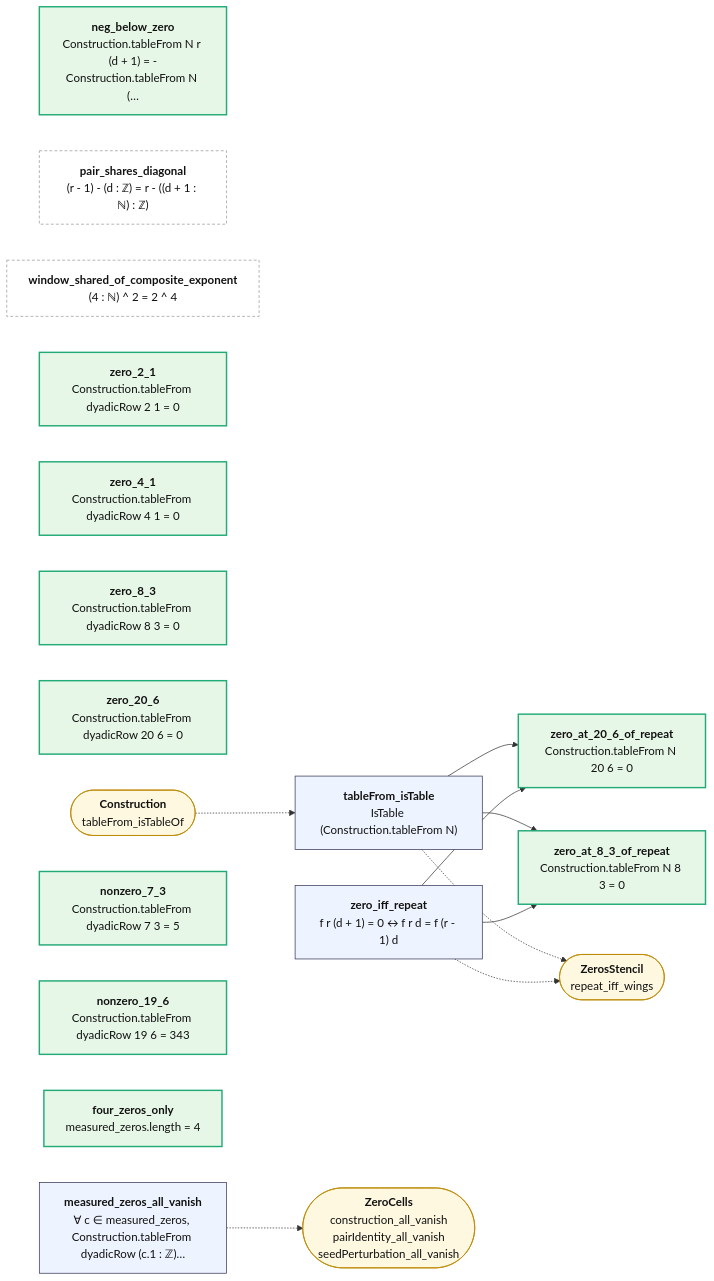
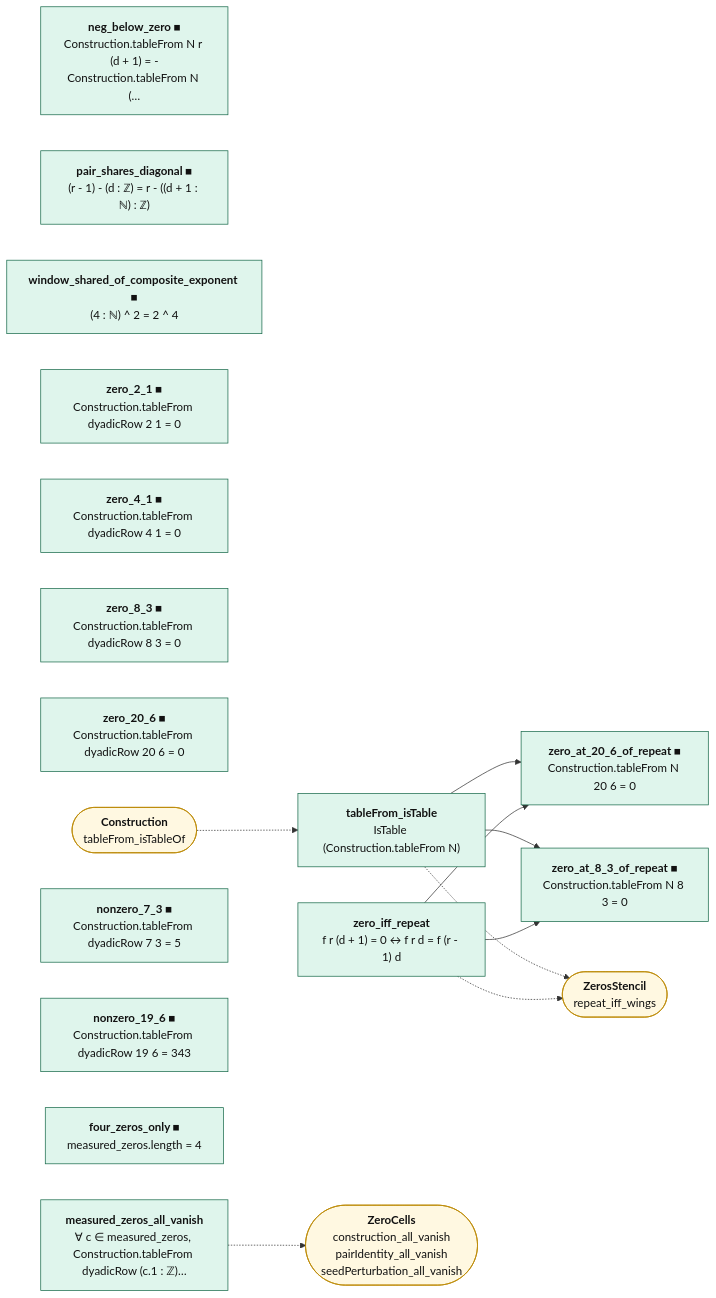
The diagram in map/lean/Zeros.md (juliansambranojr/Primebeat_081426), drawn with Mermaid before and after one commit. The commit also changed other lines of this file and 398 other files, not shown here.

First line of the commit message:
map: the table first. Three layers from Lean's record of each proof and everything beneath it: counting (integers only), shape (analysis, no zeta), reads zeta; map/TABLE.md lists every counting theorem; the Riemann hypothesis is drawn as one reading at the edge

````diff
--- a/map/lean/Zeros.md
+++ b/map/lean/Zeros.md
@@ -12,34 +12,37 @@
 ```mermaid
 flowchart LR
-  n0["<b>tableFrom_isTable</b><br/>IsTable (Construction.tableFrom N)"]:::thm
-  n1["<b>zero_iff_repeat</b><br/>f r (d + 1) = 0 ↔ f r d = f (r - 1) d"]:::thm
-  n2["<b>neg_below_zero</b><br/>Construction.tableFrom N r (d + 1) = -Construction.tableFrom N (…"]:::end_
-  n3["<b>pair_shares_diagonal</b><br/>(r - 1) - (d : ℤ) = r - ((d + 1 : ℕ) : ℤ)"]:::lone
-  n4["<b>window_shared_of_composite_exponent</b><br/>(4 : ℕ) ^ 2 = 2 ^ 4"]:::lone
-  n5["<b>zero_2_1</b><br/>Construction.tableFrom dyadicRow 2 1 = 0"]:::end_
-  n6["<b>zero_4_1</b><br/>Construction.tableFrom dyadicRow 4 1 = 0"]:::end_
-  n7["<b>zero_8_3</b><br/>Construction.tableFrom dyadicRow 8 3 = 0"]:::end_
-  n8["<b>zero_20_6</b><br/>Construction.tableFrom dyadicRow 20 6 = 0"]:::end_
-  n9["<b>measured_zeros_all_vanish</b><br/>∀ c ∈ measured_zeros, Construction.tableFrom dyadicRow (c.1 : ℤ)…"]:::thm
-  n10["<b>nonzero_7_3</b><br/>Construction.tableFrom dyadicRow 7 3 = 5"]:::end_
-  n11["<b>nonzero_19_6</b><br/>Construction.tableFrom dyadicRow 19 6 = 343"]:::end_
-  n12["<b>four_zeros_only</b><br/>measured_zeros.length = 4"]:::end_
-  n13["<b>zero_at_20_6_of_repeat</b><br/>Construction.tableFrom N 20 6 = 0"]:::end_
-  n14["<b>zero_at_8_3_of_repeat</b><br/>Construction.tableFrom N 8 3 = 0"]:::end_
+  n0["<b>tableFrom_isTable</b><br/>IsTable (Construction.tableFrom N)"]:::cnt
+  n1["<b>zero_iff_repeat</b><br/>f r (d + 1) = 0 ↔ f r d = f (r - 1) d"]:::cnt
+  n2["<b>neg_below_zero ■</b><br/>Construction.tableFrom N r (d + 1) = -Construction.tableFrom N (…"]:::cnt
+  n3["<b>pair_shares_diagonal ■</b><br/>(r - 1) - (d : ℤ) = r - ((d + 1 : ℕ) : ℤ)"]:::cnt
+  n4["<b>window_shared_of_composite_exponent ■</b><br/>(4 : ℕ) ^ 2 = 2 ^ 4"]:::cnt
+  n5["<b>zero_2_1 ■</b><br/>Construction.tableFrom dyadicRow 2 1 = 0"]:::cnt
+  n6["<b>zero_4_1 ■</b><br/>Construction.tableFrom dyadicRow 4 1 = 0"]:::cnt
+  n7["<b>zero_8_3 ■</b><br/>Construction.tableFrom dyadicRow 8 3 = 0"]:::cnt
+  n8["<b>zero_20_6 ■</b><br/>Construction.tableFrom dyadicRow 20 6 = 0"]:::cnt
+  n9["<b>measured_zeros_all_vanish</b><br/>∀ c ∈ measured_zeros, Construction.tableFrom dyadicRow (c.1 : ℤ)…"]:::cnt
+  n10["<b>nonzero_7_3 ■</b><br/>Construction.tableFrom dyadicRow 7 3 = 5"]:::cnt
+  n11["<b>nonzero_19_6 ■</b><br/>Construction.tableFrom dyadicRow 19 6 = 343"]:::cnt
+  n12["<b>four_zeros_only ■</b><br/>measured_zeros.length = 4"]:::cnt
+  n13["<b>zero_at_20_6_of_repeat ■</b><br/>Construction.tableFrom N 20 6 = 0"]:::cnt
+  n14["<b>zero_at_8_3_of_repeat ■</b><br/>Construction.tableFrom N 8 3 = 0"]:::cnt
   x0(["<b>Construction</b><br/>tableFrom_isTableOf"]):::ext
   x1(["<b>ZerosStencil</b><br/>repeat_iff_wings"]):::ext
   x2(["<b>ZeroCells</b><br/>construction_all_vanish<br/>pairIdentity_all_vanish<br/>seedPerturbation_all_vanish"]):::ext
   n0 --> n13
   n0 --> n14
   n1 --> n13
   n1 --> n14
   n0 -.-> x1
   n1 -.-> x1
   n9 -.-> x2
   x0 -.-> n0
+  classDef cnt fill:#dff5ec,stroke:#17694a,color:#111
+  classDef shp fill:#f1ecfb,stroke:#5b3fa0,color:#111
+  classDef rh fill:#ffe5e5,stroke:#c22,color:#111,stroke-width:2px
   classDef thm fill:#eef4ff,stroke:#335,color:#111
   classDef end_ fill:#e7f7e7,stroke:#2a7,color:#111,stroke-width:2px
   classDef lone fill:#fff,stroke:#999,color:#111,stroke-dasharray:4 3
   classDef bad fill:#ffe5e5,stroke:#c22,color:#111,stroke-width:2px
   classDef ext fill:#fff8e1,stroke:#b80,color:#111
 ```
````
